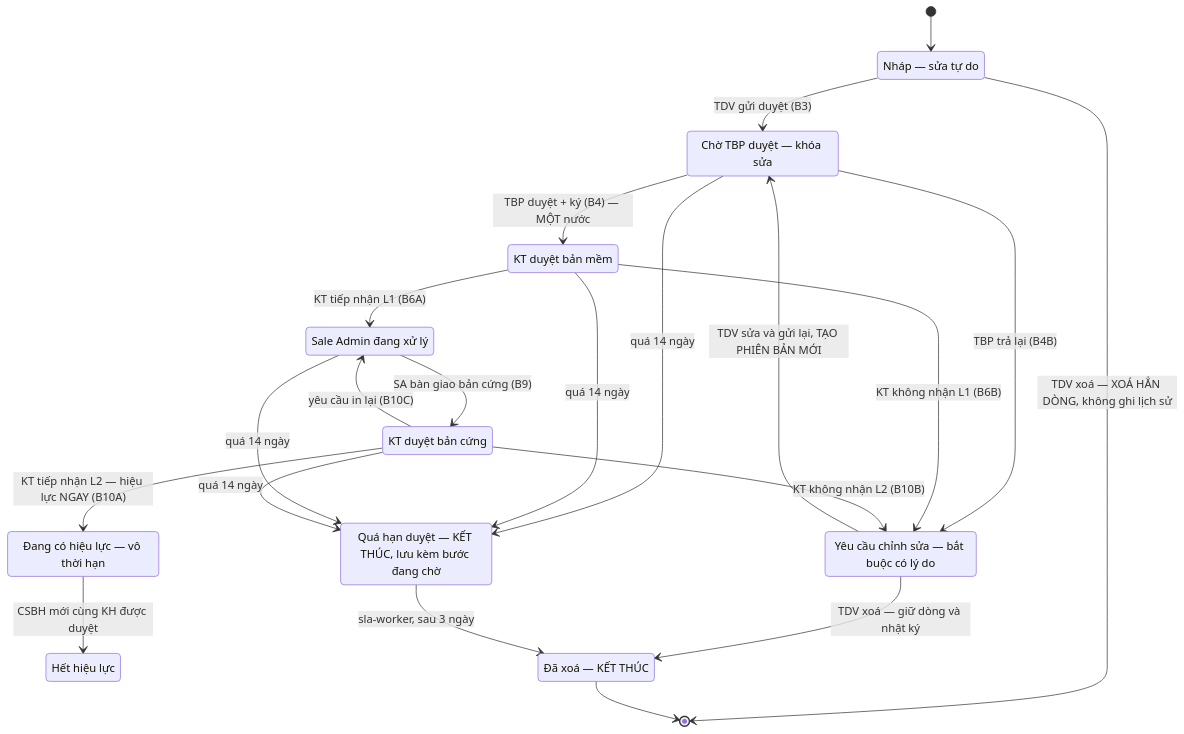
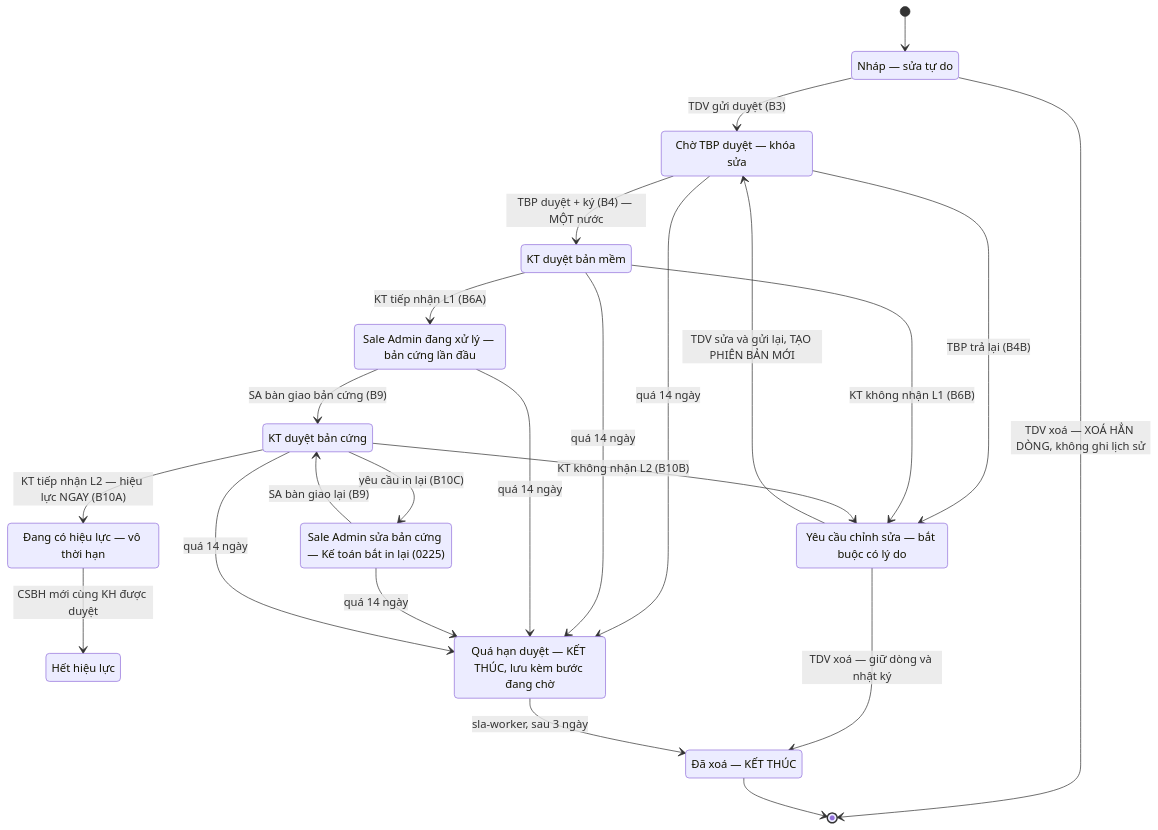
The third of 5 diagrams in agents/KIEN-TRUC-CSBH.md (hieuhv94/sale-policy-tools), drawn with Mermaid before and after one commit. The commit also changed other lines of this file and 35 other files, not shown here.

Commit message:
P255: trang thai moi Sale Admin sua ban cung khi Ke toan yeu cau in lai (0225)

````diff
--- a/agents/KIEN-TRUC-CSBH.md
+++ b/agents/KIEN-TRUC-CSBH.md
@@ -561,33 +561,36 @@
 ```mermaid
 stateDiagram-v2
   [*] --> Nhap
   Nhap: Nháp — sửa tự do
   ChoTBP: Chờ TBP duyệt — khóa sửa
   ChoL1: KT duyệt bản mềm
-  SAXuLy: Sale Admin đang xử lý
+  SAXuLy: Sale Admin đang xử lý — bản cứng lần đầu
+  SASua: Sale Admin sửa bản cứng — Kế toán bắt in lại (0225)
   ChoL2: KT duyệt bản cứng
   HieuLuc: Đang có hiệu lực — vô thời hạn
   HetHieuLuc: Hết hiệu lực
   YeuCauSua: Yêu cầu chỉnh sửa — bắt buộc có lý do
   QuaHan: Quá hạn duyệt — KẾT THÚC, lưu kèm bước đang chờ
   DaXoa: Đã xoá — KẾT THÚC
   Nhap --> ChoTBP: TDV gửi duyệt (B3)
   ChoTBP --> ChoL1: TBP duyệt + ký (B4) — MỘT nước
   ChoL1 --> SAXuLy: KT tiếp nhận L1 (B6A)
   SAXuLy --> ChoL2: SA bàn giao bản cứng (B9)
   ChoL2 --> HieuLuc: KT tiếp nhận L2 — hiệu lực NGAY (B10A)
   HieuLuc --> HetHieuLuc: CSBH mới cùng KH được duyệt
   ChoTBP --> YeuCauSua: TBP trả lại (B4B)
   ChoL1 --> YeuCauSua: KT không nhận L1 (B6B)
   ChoL2 --> YeuCauSua: KT không nhận L2 (B10B)
-  ChoL2 --> SAXuLy: yêu cầu in lại (B10C)
+  ChoL2 --> SASua: yêu cầu in lại (B10C)
+  SASua --> ChoL2: SA bàn giao lại (B9)
   YeuCauSua --> ChoTBP: TDV sửa và gửi lại, TẠO PHIÊN BẢN MỚI
   Nhap --> [*]: TDV xoá — XOÁ HẲN DÒNG, không ghi lịch sử
   YeuCauSua --> DaXoa: TDV xoá — giữ dòng và nhật ký
   ChoTBP --> QuaHan: quá 14 ngày
   ChoL1 --> QuaHan: quá 14 ngày
   SAXuLy --> QuaHan: quá 14 ngày
+  SASua --> QuaHan: quá 14 ngày
   ChoL2 --> QuaHan: quá 14 ngày
   QuaHan --> DaXoa: sla-worker, sau 3 ngày
   DaXoa --> [*]
 ```
````
